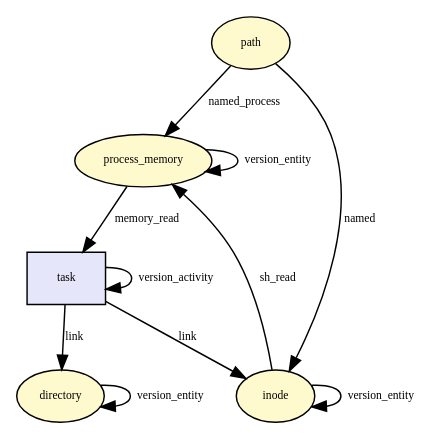
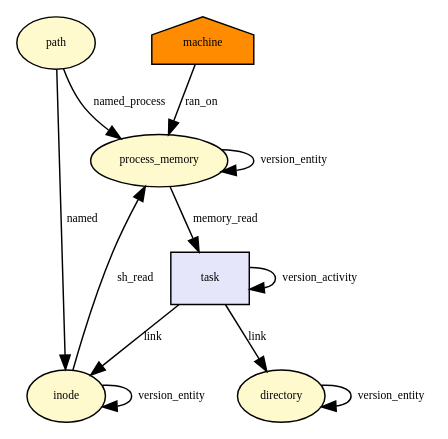
Before and after one commit to CamFlow/camflow-dev: the diagram in docs/dot/inode_link.dot, drawn with Graphviz. The commit also changed 88 other files, not shown here.

Commit message:
update graph generation to follow latest change (i.e. processes get connected to machine)

```diff
--- a/docs/dot/inode_link.dot
+++ b/docs/dot/inode_link.dot
@@ -1,31 +1,35 @@
 digraph RGL__DirectedAdjacencyGraph {path[fontsize = 8,label = path,shape = ellipse, fillcolor="#fffacd", style = filled]
 
 process_memory[fontsize = 8,label = process_memory,shape = ellipse, fillcolor="#fffacd", style = filled]
 
 path -> process_memory[fontsize = 8,label = named_process]
+
+machine[fontsize = 8,label = machine,shape = house, fillcolor="#ff8c00", style = filled]
+
+machine -> process_memory[fontsize = 8,label = ran_on]
 
 inode[fontsize = 8,label = inode,shape = ellipse, fillcolor="#fffacd", style = filled]
 
 path -> inode[fontsize = 8,label = named]
 
 task[fontsize = 8,label = task,shape = rectangle, fillcolor="#e6e6fa", style = filled]
 
 process_memory -> task[fontsize = 8,label = memory_read]
 
 directory[fontsize = 8,label = directory,shape = ellipse, fillcolor="#fffacd", style = filled]
 
 task -> directory[fontsize = 8,label = link]
 
 task -> task[fontsize = 8,label = version_activity]
 
 directory -> directory[fontsize = 8,label = version_entity]
 
 inode -> process_memory[fontsize = 8,label = sh_read]
 
 process_memory -> process_memory[fontsize = 8,label = version_entity]
 
 task -> inode[fontsize = 8,label = link]
 
 inode -> inode[fontsize = 8,label = version_entity]
 
 }
```
